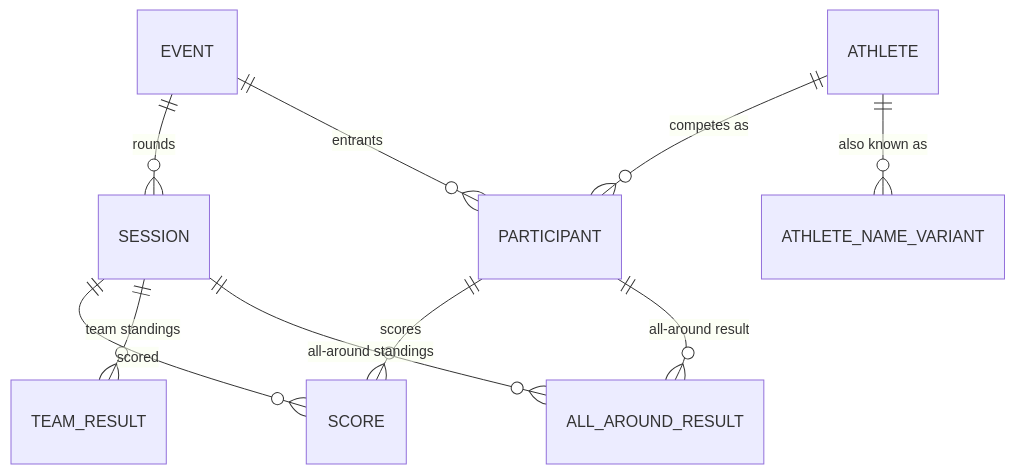
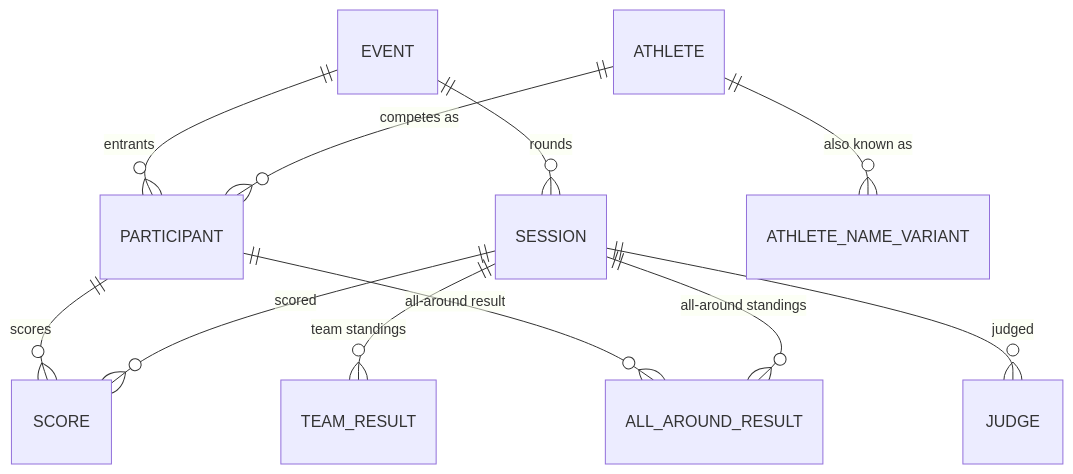
One commit to whyceewhite/gym-meet changed the diagram in backend/docs/data-model.md. Above: the diagram before and after it, drawn with Mermaid. The commit also changed other lines of this file and 8 other files, not shown here.

````diff
--- a/backend/docs/data-model.md
+++ b/backend/docs/data-model.md
@@ -9,12 +9,13 @@
 ```mermaid
 erDiagram
     EVENT ||--o{ SESSION : rounds
     EVENT ||--o{ PARTICIPANT : entrants
     ATHLETE ||--o{ PARTICIPANT : "competes as"
     ATHLETE ||--o{ ATHLETE_NAME_VARIANT : "also known as"
     PARTICIPANT ||--o{ SCORE : scores
     PARTICIPANT ||--o{ ALL_AROUND_RESULT : "all-around result"
     SESSION ||--o{ SCORE : scored
     SESSION ||--o{ TEAM_RESULT : "team standings"
     SESSION ||--o{ ALL_AROUND_RESULT : "all-around standings"
+    SESSION ||--o{ JUDGE : judged
 ```
````
